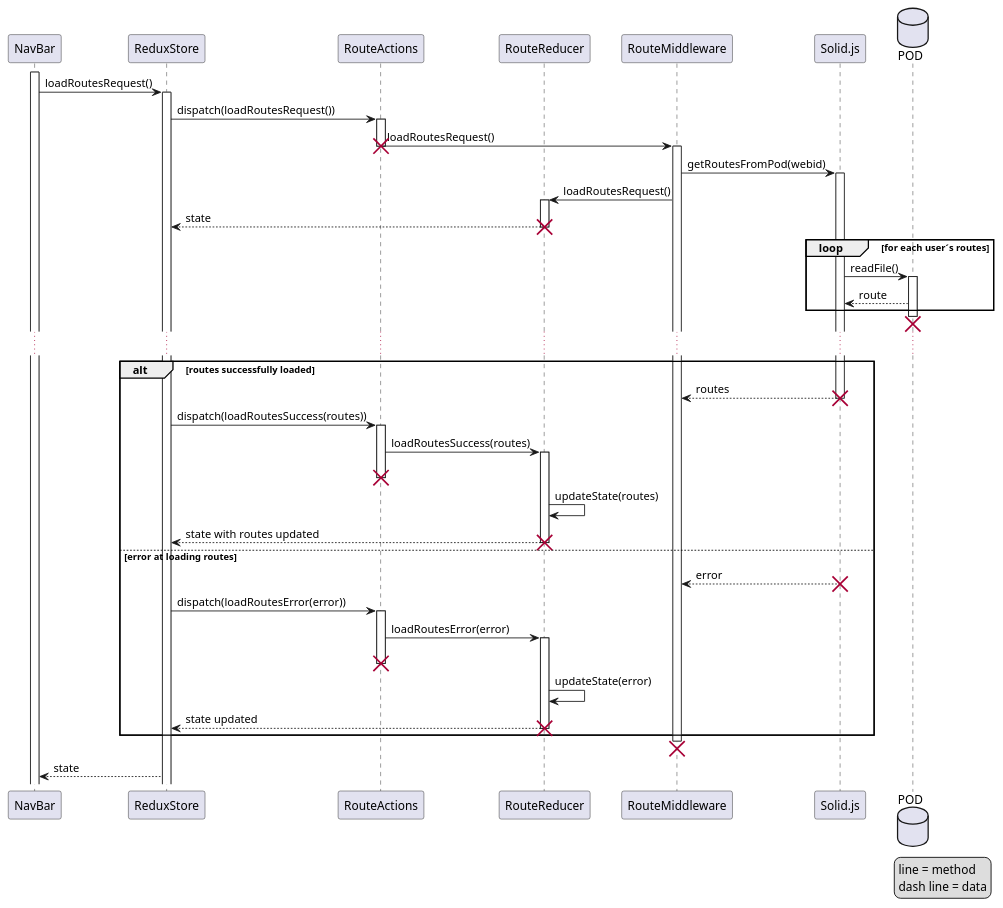
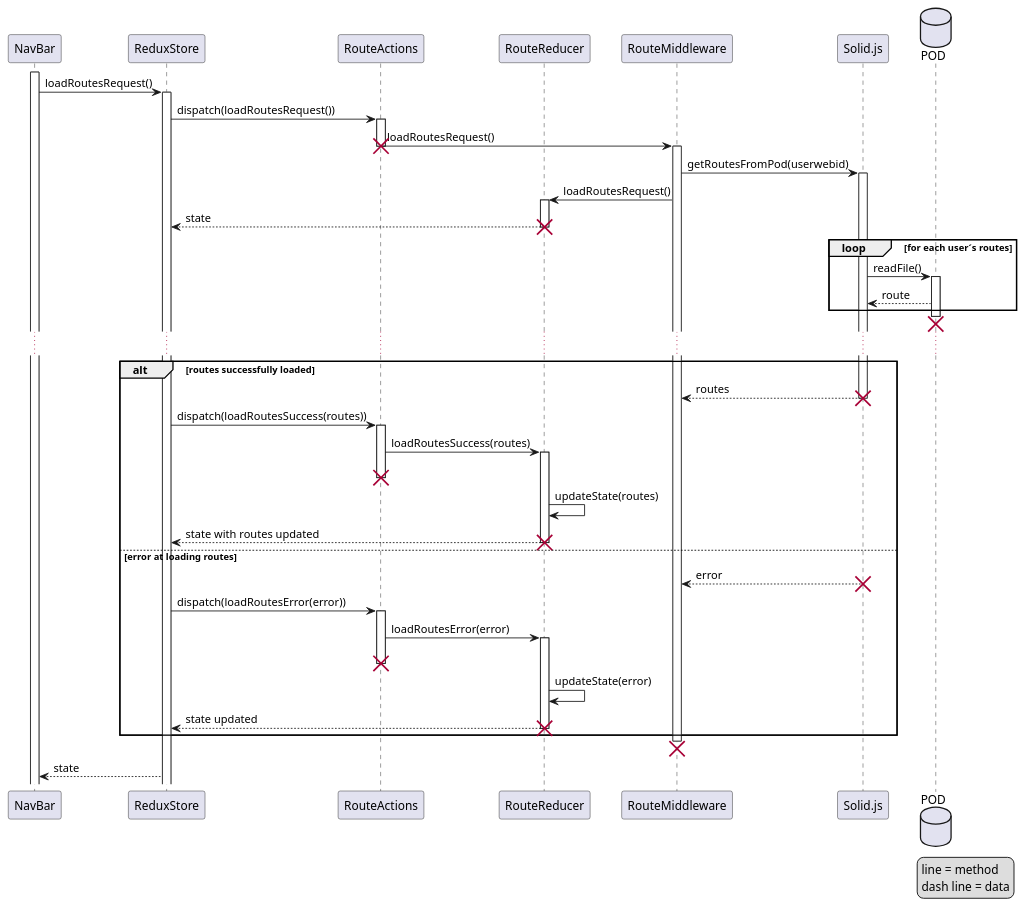
One commit to Arquisoft/viade_en1b changed the diagram in src/docs/diagrams/06_SD_LoadRoutes.puml. Above: the diagram before and after it, drawn with PlantUML. The commit also changed other lines of this file, not shown here.

Commit message:
Docs: Updated argument name in LoadRoutes sequence diagram.

```diff
--- a/src/docs/diagrams/06_SD_LoadRoutes.puml
+++ b/src/docs/diagrams/06_SD_LoadRoutes.puml
@@ -3,62 +3,62 @@
 @startuml
 
-participant NavBar as nb 
-participant ReduxStore as rs 
-participant RouteActions as ra 
-participant RouteReducer as rr 
-participant RouteMiddleware as rm 
-participant Solid.js as s 
+participant NavBar as nb
+participant ReduxStore as rs
+participant RouteActions as ra
+participant RouteReducer as rr
+participant RouteMiddleware as rm
+participant Solid.js as s
 database POD as p
 
 activate nb
 nb -> rs: loadRoutesRequest()
 activate rs
 rs -> ra: dispatch(loadRoutesRequest())
 activate ra
 ra -> rm: loadRoutesRequest()
 destroy ra
 activate rm
-rm -> s: getRoutesFromPod(webid)
+rm -> s: getRoutesFromPod(userwebid)
 activate s
 rm -> rr: loadRoutesRequest()
 activate rr
 rr --> rs: state
 destroy rr
 loop for each user´s routes
     s -> p: readFile()
     activate p
     p --> s: route
 end
 destroy p
 ...
 alt routes successfully loaded
 s --> rm: routes
 destroy s
 rs -> ra: dispatch(loadRoutesSuccess(routes))
 activate ra
 ra -> rr: loadRoutesSuccess(routes)
 activate rr
 destroy ra
 rr -> rr: updateState(routes)
 rr --> rs: state with routes updated
 destroy rr
 else error at loading routes
 s --> rm: error
 destroy s
 rs -> ra: dispatch(loadRoutesError(error))
 activate ra
 ra -> rr: loadRoutesError(error)
 activate rr
 destroy ra
 rr -> rr: updateState(error)
 rr --> rs: state updated
 destroy rr
 end
 destroy rm
 rs --> nb: state
 legend right
 line = method
 dash line = data
 endlegend
 
 @enduml
```
